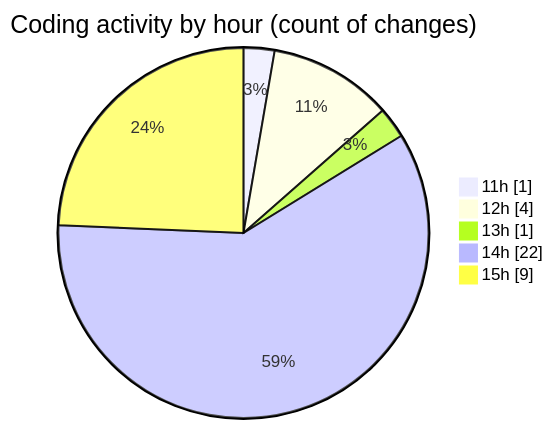
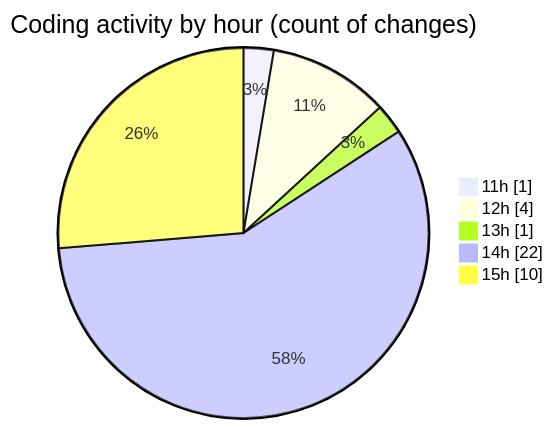
The second of 2 diagrams in 2026-07-28/nxtqube_webapp/README.md (nxtqubesakshisongat/code-tracking), drawn with Mermaid before and after one commit. The commit also changed other lines of this file and 1 other file, not shown here.

````diff
--- a/2026-07-28/nxtqube_webapp/README.md
+++ b/2026-07-28/nxtqube_webapp/README.md
@@ -46,9 +46,9 @@
 ```mermaid
 pie showData
 title Coding activity by hour (count of changes)
 "11h" : 1
 "12h" : 4
 "13h" : 1
 "14h" : 22
-"15h" : 9
+"15h" : 10
 ```
````
